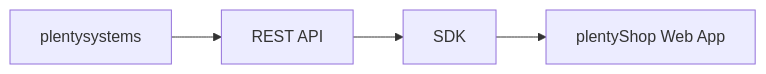
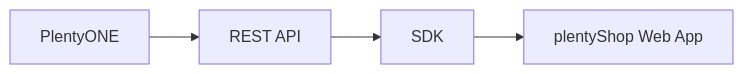
One commit to plentymarkets/plentyshop-pwa changed the diagram in .github/CONTRIBUTING.md. Above: the diagram before and after it, drawn with Mermaid. The commit also changed other lines of this file and 7 other files, not shown here.

````diff
--- a/.github/CONTRIBUTING.md
+++ b/.github/CONTRIBUTING.md
@@ -39,7 +39,7 @@
 ```mermaid
 flowchart LR
 
-A[plentysystems] --> B[REST API]
+A[PlentyONE] --> B[REST API]
 B --> C[SDK]
 C --> D[plentyShop Web App]
 ```
````
